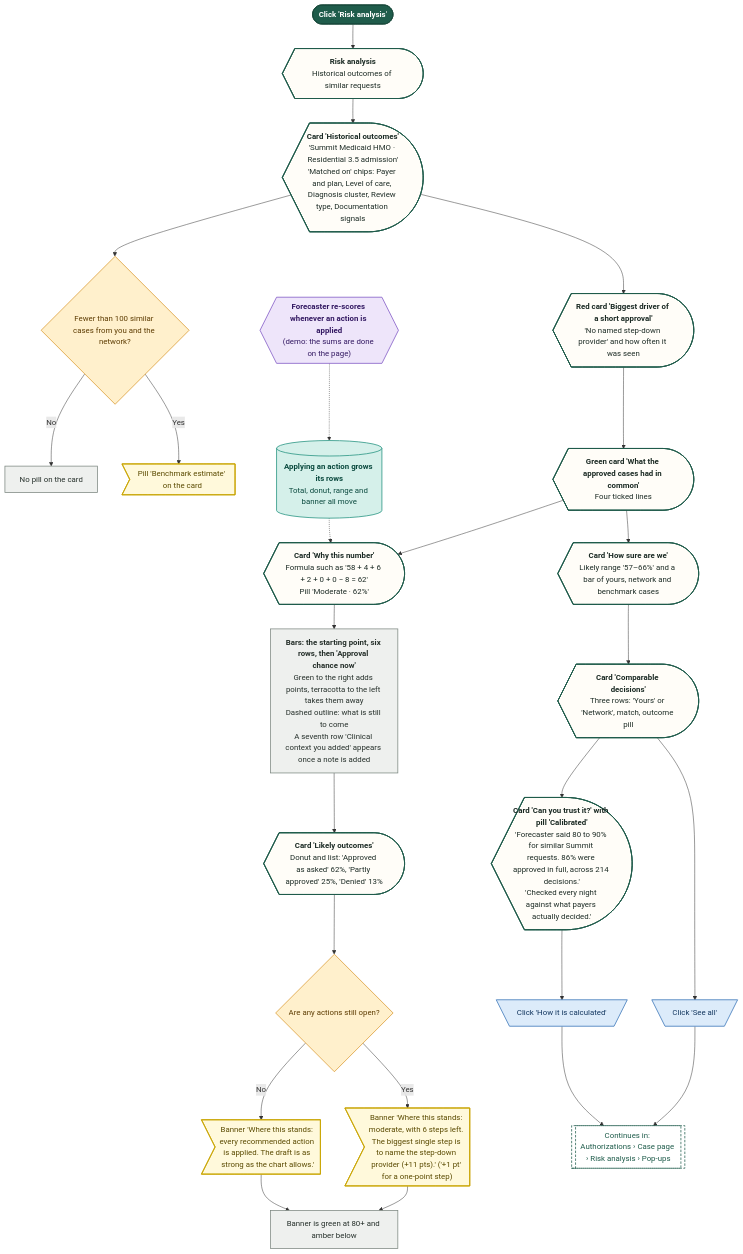
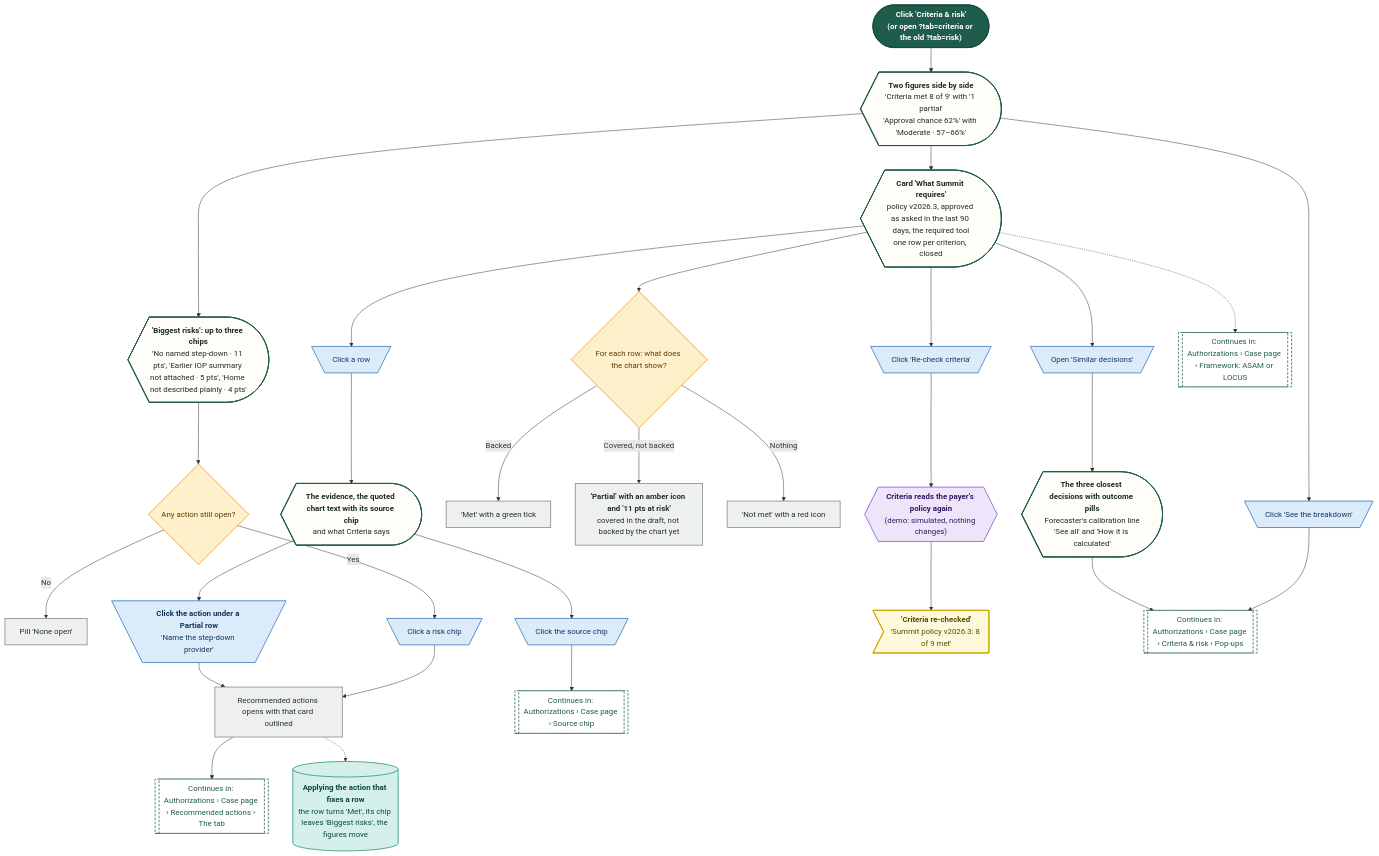
Diagram 28 of 34 in demos/prior-auth-demo/workflows/out/md/03-authorizations.md (Shrav143/psyfloapp), drawn with Mermaid before and after one commit. The commit also changed other lines of this file and 202 other files, not shown here.

First line of the commit message:
docs: round 6 README, CONVENTIONS, spec section 17, diagram module blurbs and 336 rebuilt diagrams

````diff
--- a/demos/prior-auth-demo/workflows/out/md/03-authorizations.md
+++ b/demos/prior-auth-demo/workflows/out/md/03-authorizations.md
@@ -2157,64 +2208,71 @@
 ```mermaid
 %%{init: {"theme":"base","themeVariables":{"fontFamily":"'DM Sans', 'Segoe UI', system-ui, sans-serif","fontSize":"15px","lineColor":"#5B6B63","primaryTextColor":"#1C2B25","clusterBkg":"#FBF8F3","clusterBorder":"#D9CDBB","edgeLabelBackground":"#FFFFFF"},"flowchart":{"curve":"basis","nodeSpacing":36,"rankSpacing":48,"padding":12,"htmlLabels":true,"useMaxWidth":false,"wrappingWidth":230}} }%%
 flowchart TD
   classDef k_start fill:#1F5C4B,stroke:#174638,color:#FFFFFF,stroke-width:1.5px,font-weight:600
   classDef k_end fill:#DDEFE3,stroke:#2E7D4F,color:#14502F,stroke-width:1.5px,font-weight:600
   classDef k_endx fill:#FBE3E0,stroke:#C0392B,color:#7A1F16,stroke-width:1.5px,font-weight:600
   classDef k_screen fill:#FFFDF8,stroke:#1F5C4B,color:#1C2B25,stroke-width:2px
   classDef k_overlay fill:#F1F7F3,stroke:#1F5C4B,color:#1C2B25,stroke-width:2px,stroke-dasharray:5 3
   classDef k_click fill:#DCEBFA,stroke:#2F6DB5,color:#12365F,stroke-width:1.5px
   classDef k_input fill:#E4E7FF,stroke:#4C5FD5,color:#1D2670,stroke-width:1.5px
   classDef k_process fill:#EEF0EE,stroke:#7A857F,color:#26302B,stroke-width:1.5px
   classDef k_agent fill:#EEE5FA,stroke:#7A4FC2,color:#341A63,stroke-width:1.5px
   classDef k_decision fill:#FFF0CC,stroke:#D9962B,color:#5C3B00,stroke-width:1.5px
   classDef k_store fill:#D5F0EA,stroke:#1C8E7B,color:#0B4A3F,stroke-width:1.5px
   classDef k_doc fill:#F6E9DC,stroke:#B07A4C,color:#4A2E14,stroke-width:1.5px
   classDef k_ext fill:#FFE6D2,stroke:#E07B39,color:#6B2F06,stroke-width:1.5px
   classDef k_wait fill:#E4E8EE,stroke:#6B7C93,color:#26303D,stroke-width:1.5px
   classDef k_toast fill:#FFF9DB,stroke:#C9A400,color:#5A4A00,stroke-width:1.5px
   classDef k_goto fill:#FFFFFF,stroke:#1F5C4B,color:#1F5C4B,stroke-width:1.5px,stroke-dasharray:5 3
-  s1@{ shape: stadium, label: "Click 'Risk analysis'" }
-  rk@{ shape: curv-trap, label: "<b>Risk analysis</b><br/>Historical outcomes of similar requests" }
-  h@{ shape: curv-trap, label: "<b>Card 'Historical outcomes'</b><br/>'Summit Medicaid HMO · Residential 3.5 admission'<br/>'Matched on' chips: Payer and plan, Level of care, Diagnosis cluster, Review type, Documentation signals" }
-  dB@{ shape: diam, label: "Fewer than 100 similar cases from you and the network?" }
-  nb@{ shape: rect, label: "No pill on the card" }
-  bp@{ shape: odd, label: "Pill 'Benchmark estimate' on the card" }
-  bg@{ shape: curv-trap, label: "<b>Red card 'Biggest driver of a short approval'</b><br/>'No named step-down provider' and how often it was seen" }
-  cm@{ shape: curv-trap, label: "<b>Green card 'What the approved cases had in common'</b><br/>Four ticked lines" }
-  wn@{ shape: curv-trap, label: "<b>Card 'Why this number'</b><br/>Formula such as '58 + 4 + 6 + 2 + 0 + 0 − 8 = 62'<br/>Pill 'Moderate · 62%'" }
-  bars@{ shape: rect, label: "<b>Bars: the starting point, six rows, then 'Approval chance now'</b><br/>Green to the right adds points, terracotta to the left takes them away<br/>Dashed outline: what is still to come<br/>A seventh row 'Clinical context you added' appears once a note is added" }
-  lo@{ shape: curv-trap, label: "<b>Card 'Likely outcomes'</b><br/>Donut and list: 'Approved as asked' 62%, 'Partly approved' 25%, 'Denied' 13%" }
-  hs@{ shape: curv-trap, label: "<b>Card 'How sure are we'</b><br/>Likely range '57–66%' and a bar of yours, network and benchmark cases" }
-  cd@{ shape: curv-trap, label: "<b>Card 'Comparable decisions'</b><br/>Three rows: 'Yours' or 'Network', match, outcome pill" }
-  sa@{ shape: trap-t, label: "Click 'See all'" }
-  ct@{ shape: curv-trap, label: "<b>Card 'Can you trust it?' with pill 'Calibrated'</b><br/>'Forecaster said 80 to 90% for similar Summit requests. 86% were approved in full, across 214 decisions.'<br/>'Checked every night against what payers actually decided.'" }
-  hc@{ shape: trap-t, label: "Click 'How it is calculated'" }
-  dOp@{ shape: diam, label: "Are any actions still open?" }
-  b1@{ shape: odd, label: "Banner 'Where this stands: moderate, with 6 steps left. The biggest single step is to name the step-down provider (+11 pts).' ('+1 pt' for a one-point step)" }
-  b2@{ shape: odd, label: "Banner 'Where this stands: every recommended action is applied. The draft is as strong as the chart allows.'" }
-  cl@{ shape: rect, label: "Banner is green at 80+ and amber below" }
-  fc@{ shape: hex, label: "<b>Forecaster re-scores whenever an action is applied</b><br/>(demo: the sums are done on the page)" }
-  ap@{ shape: cyl, label: "<b>Applying an action grows its rows</b><br/>Total, donut, range and banner all move" }
-  g1@{ shape: subproc, label: "Continues in: Authorizations › Case page › Risk analysis › Pop-ups" }
-  s1 --> rk --> h --> dB
-  dB -->|"Yes"| bp
-  dB -->|"No"| nb
-  h --> bg --> cm
-  cm --> wn --> bars --> lo --> dOp
-  cm --> hs --> cd --> ct
-  cd --> sa --> g1
-  ct --> hc --> g1
-  dOp -->|"Yes"| b1 --> cl
-  dOp -->|"No"| b2 --> cl
-  fc -.-> ap
-  ap -.-> wn
+  s1@{ shape: stadium, label: "<b>Click 'Criteria & risk'</b><br/>(or open ?tab=criteria or the old ?tab=risk)" }
+  top@{ shape: curv-trap, label: "<b>Two figures side by side</b><br/>'Criteria met 8 of 9' with '1 partial'<br/>'Approval chance 62%' with 'Moderate · 57–66%'" }
+  br@{ shape: trap-t, label: "Click 'See the breakdown'" }
+  rk@{ shape: curv-trap, label: "<b>'Biggest risks': up to three chips</b><br/>'No named step-down · 11 pts', 'Earlier IOP summary not attached · 5 pts', 'Home not described plainly · 4 pts'" }
+  dRk@{ shape: diam, label: "Any action still open?" }
+  nr@{ shape: rect, label: "Pill 'None open'" }
+  chp@{ shape: trap-t, label: "Click a risk chip" }
+  tb@{ shape: curv-trap, label: "<b>Card 'What Summit requires'</b><br/>policy v2026.3, approved as asked in the last 90 days, the required tool<br/>one row per criterion, closed" }
+  dS@{ shape: diam, label: "For each row: what does the chart show?" }
+  met@{ shape: rect, label: "'Met' with a green tick" }
+  par@{ shape: rect, label: "<b>'Partial' with an amber icon and '11 pts at risk'</b><br/>covered in the draft, not backed by the chart yet" }
+  nm@{ shape: rect, label: "'Not met' with a red icon" }
+  op@{ shape: trap-t, label: "Click a row" }
+  ev@{ shape: curv-trap, label: "<b>The evidence, the quoted chart text with its source chip</b><br/>and what Criteria says" }
+  ac@{ shape: trap-t, label: "<b>Click the action under a Partial row</b><br/>'Name the step-down provider'" }
+  chs@{ shape: trap-t, label: "Click the source chip" }
+  rc@{ shape: trap-t, label: "Click 'Re-check criteria'" }
+  cr@{ shape: hex, label: "<b>Criteria reads the payer's policy again</b><br/>(demo: simulated, nothing changes)" }
+  tr@{ shape: odd, label: "<b>'Criteria re-checked'</b><br/>'Summit policy v2026.3: 8 of 9 met'" }
+  sd@{ shape: trap-t, label: "Open 'Similar decisions'" }
+  sdl@{ shape: curv-trap, label: "<b>The three closest decisions with outcome pills</b><br/>Forecaster's calibration line<br/>'See all' and 'How it is calculated'" }
+  ap@{ shape: cyl, label: "<b>Applying the action that fixes a row</b><br/>the row turns 'Met', its chip leaves 'Biggest risks', the figures move" }
+  dl@{ shape: rect, label: "Recommended actions opens with that card outlined" }
+  g1@{ shape: subproc, label: "Continues in: Authorizations › Case page › Criteria & risk › Pop-ups" }
+  g2@{ shape: subproc, label: "Continues in: Authorizations › Case page › Recommended actions › The tab" }
+  g3@{ shape: subproc, label: "Continues in: Authorizations › Case page › Source chip" }
+  g4@{ shape: subproc, label: "Continues in: Authorizations › Case page › Framework: ASAM or LOCUS" }
+  s1 --> top --> br --> g1
+  top --> rk --> dRk
+  dRk -->|"Yes"| chp --> dl
+  dRk -->|"No"| nr
+  top --> tb --> dS
+  dS -->|"Backed"| met
+  dS -->|"Covered, not backed"| par
+  dS -->|"Nothing"| nm
+  tb --> op --> ev
+  ev --> ac --> dl --> g2
+  ev --> chs --> g3
+  tb --> rc --> cr --> tr
+  tb --> sd --> sdl --> g1
+  tb -.-> g4
+  dl -.-> ap
   class s1 k_start
-  class rk,h,bg,cm,wn,lo,hs,cd,ct k_screen
-  class dB,dOp k_decision
-  class nb,bars,cl k_process
-  class bp,b1,b2 k_toast
-  class sa,hc k_click
-  class fc k_agent
+  class top,rk,tb,ev,sdl k_screen
+  class br,chp,op,ac,chs,rc,sd k_click
+  class dRk,dS k_decision
+  class nr,met,par,nm,dl k_process
+  class cr k_agent
+  class tr k_toast
   class ap k_store
-  class g1 k_goto
+  class g1,g2,g3,g4 k_goto
 ```
````
